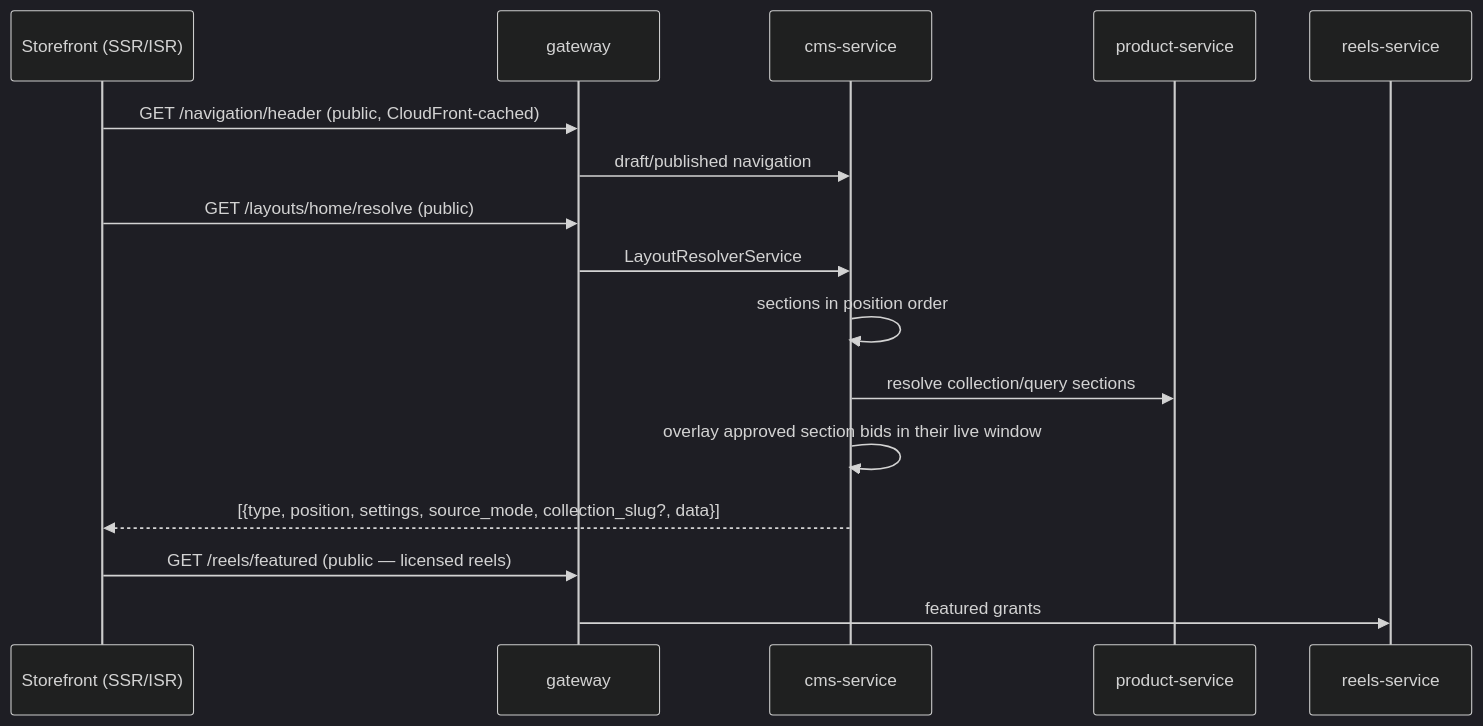
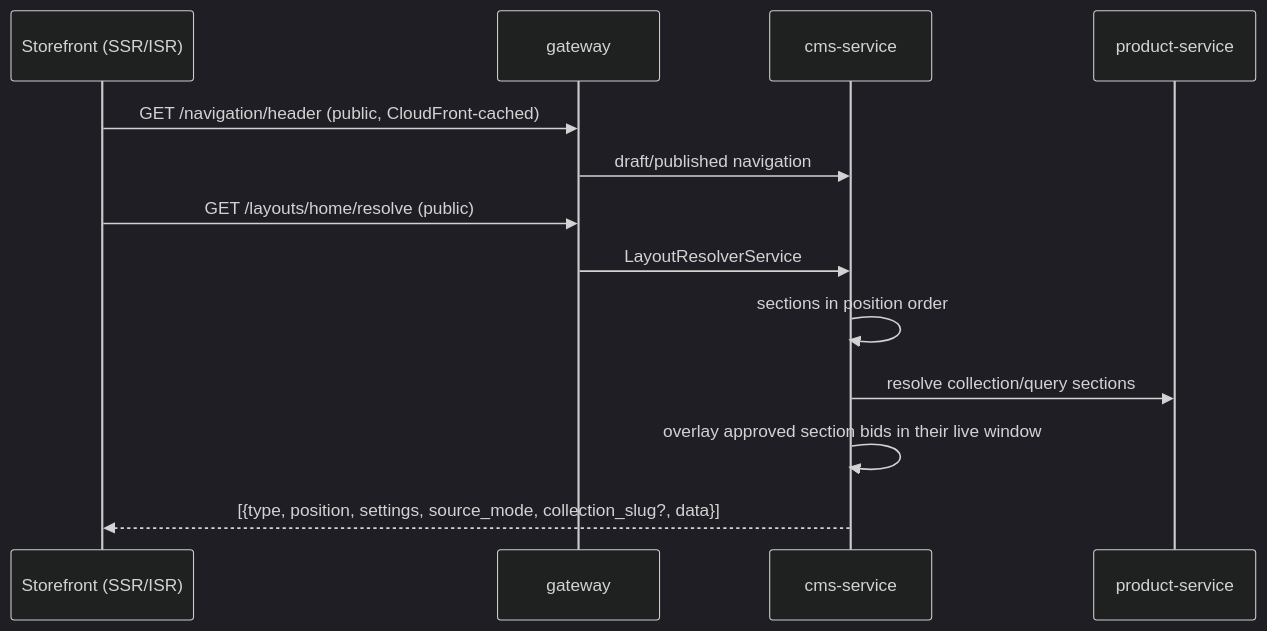
The seventh of 8 diagrams in docs/backend/16-cross-service-flows.md (ismailfarisi/materialhub), drawn with Mermaid (dark theme) before and after one commit. The commit also changed other lines of this file and 107 other files, not shown here.

First line of the commit message:
Prune order-service, finish the schema and update the backend docs

````diff
--- a/docs/backend/16-cross-service-flows.md
+++ b/docs/backend/16-cross-service-flows.md
@@ -287,19 +215,16 @@
 ```mermaid
 sequenceDiagram
     participant W as Storefront (SSR/ISR)
     participant GW as gateway
     participant C as cms-service
     participant P as product-service
-    participant R as reels-service
 
     W->>GW: GET /navigation/header        (public, CloudFront-cached)
     GW->>C: draft/published navigation
     W->>GW: GET /layouts/home/resolve     (public)
     GW->>C: LayoutResolverService
     C->>C: sections in position order
     C->>P: resolve collection/query sections
     C->>C: overlay approved section bids in their live window
     C-->>W: [{type, position, settings, source_mode, collection_slug?, data}]
-    W->>GW: GET /reels/featured           (public — licensed reels)
-    GW->>R: featured grants
 ```
````
